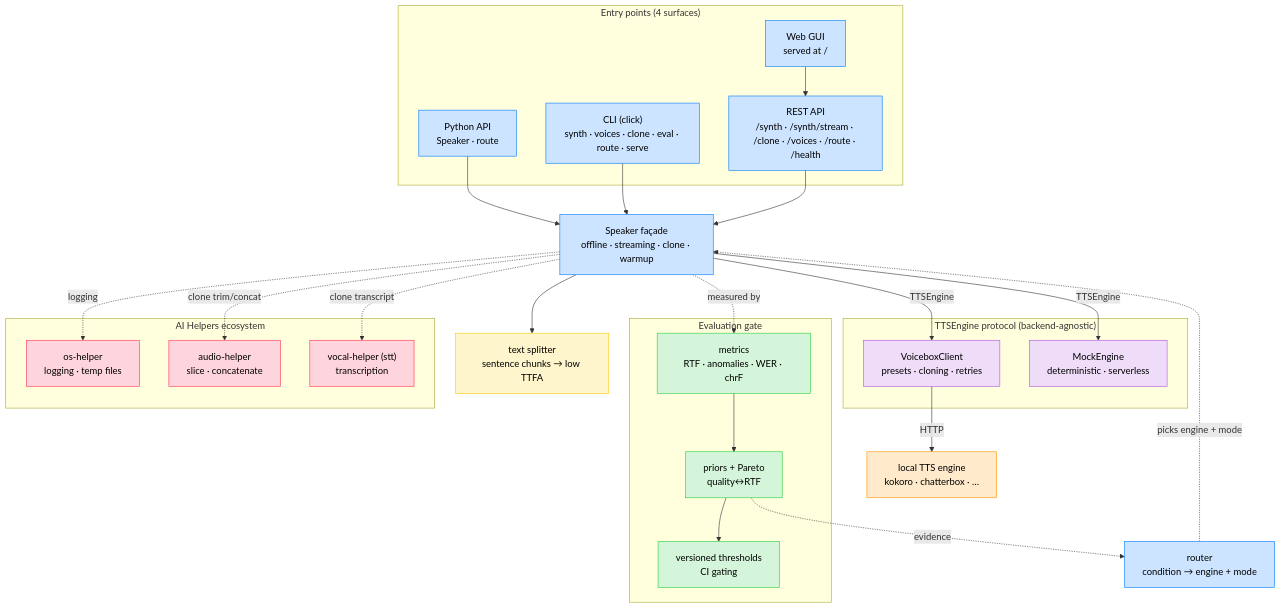
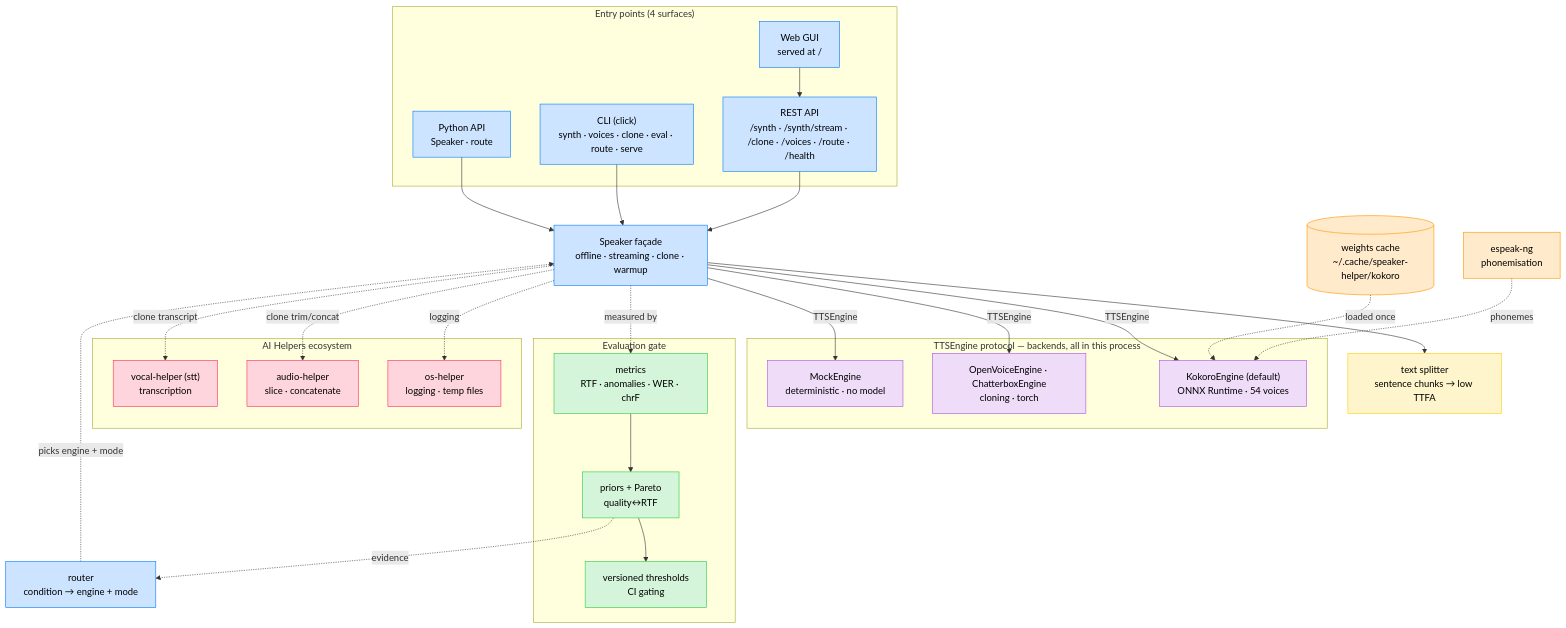
Before and after one commit to warith-harchaoui/speaker-helper: the first of 2 diagrams in TECHNICAL_STACK.md, drawn with Mermaid. The commit also changed other lines of this file and 23 other files, not shown here.

````diff
--- a/TECHNICAL_STACK.md
+++ b/TECHNICAL_STACK.md
@@ -10,55 +10,59 @@
 ```mermaid
 flowchart TB
     subgraph clients["Entry points (4 surfaces)"]
         lib["Python API<br/>Speaker · route"]:::core
         cli["CLI (click)<br/>synth · voices · clone · eval · route · serve"]:::core
         api["REST API<br/>/synth · /synth/stream · /clone · /voices · /route · /health"]:::core
         gui["Web GUI<br/>served at /"]:::core
     end
 
     speaker["Speaker façade<br/>offline · streaming · clone · warmup"]:::core
     router["router<br/>condition → engine + mode"]:::core
     text["text splitter<br/>sentence chunks → low TTFA"]:::util
 
-    subgraph engines["TTSEngine protocol (backend-agnostic)"]
-        voicebox["VoiceboxClient<br/>presets · cloning · retries"]:::engine
-        mock["MockEngine<br/>deterministic · serverless"]:::engine
+    subgraph engines["TTSEngine protocol — backends, all in this process"]
+        kokoro["KokoroEngine (default)<br/>ONNX Runtime · 54 voices"]:::engine
+        cloning["OpenVoiceEngine · ChatterboxEngine<br/>cloning · torch"]:::engine
+        mock["MockEngine<br/>deterministic · no model"]:::engine
     end
 
     subgraph evallayer["Evaluation gate"]
         metrics["metrics<br/>RTF · anomalies · WER · chrF"]:::eval
         priors["priors + Pareto<br/>quality↔RTF"]:::eval
         thresholds["versioned thresholds<br/>CI gating"]:::eval
     end
 
     subgraph ecosystem["AI Helpers ecosystem"]
         osh["os-helper<br/>logging · temp files"]:::eco
         ah["audio-helper<br/>slice · concatenate"]:::eco
         vh["vocal-helper (stt)<br/>transcription"]:::eco
     end
 
-    engine["local TTS engine<br/>kokoro · chatterbox · …"]:::ext
+    weights[("weights cache<br/>~/.cache/speaker-helper/kokoro")]:::ext
+    espeak["espeak-ng<br/>phonemisation"]:::ext
 
     lib --> speaker
     cli --> speaker
     api --> speaker
     gui --> api
     speaker --> text
     router -.->|picks engine + mode| speaker
-    speaker -- "TTSEngine" --> voicebox
+    speaker -- "TTSEngine" --> kokoro
+    speaker -- "TTSEngine" --> cloning
     speaker -- "TTSEngine" --> mock
-    voicebox -->|HTTP| engine
+    weights -.->|loaded once| kokoro
+    espeak -.->|phonemes| kokoro
     speaker -.->|measured by| metrics
     metrics --> priors --> thresholds
     priors -.->|evidence| router
     speaker -.->|logging| osh
     speaker -.->|clone trim/concat| ah
     speaker -.->|clone transcript| vh
 
     classDef core fill:#CCE4FF,stroke:#007AFF,color:#000000
     classDef util fill:#FFF5CC,stroke:#FFCC00,color:#000000
     classDef engine fill:#EFDCF8,stroke:#AF52DE,color:#000000
     classDef eval fill:#D4F5D9,stroke:#28CD41,color:#000000
     classDef eco fill:#FFD5DD,stroke:#FF2D55,color:#000000
     classDef ext fill:#FFEACC,stroke:#FF9500,color:#000000
 ```
````
